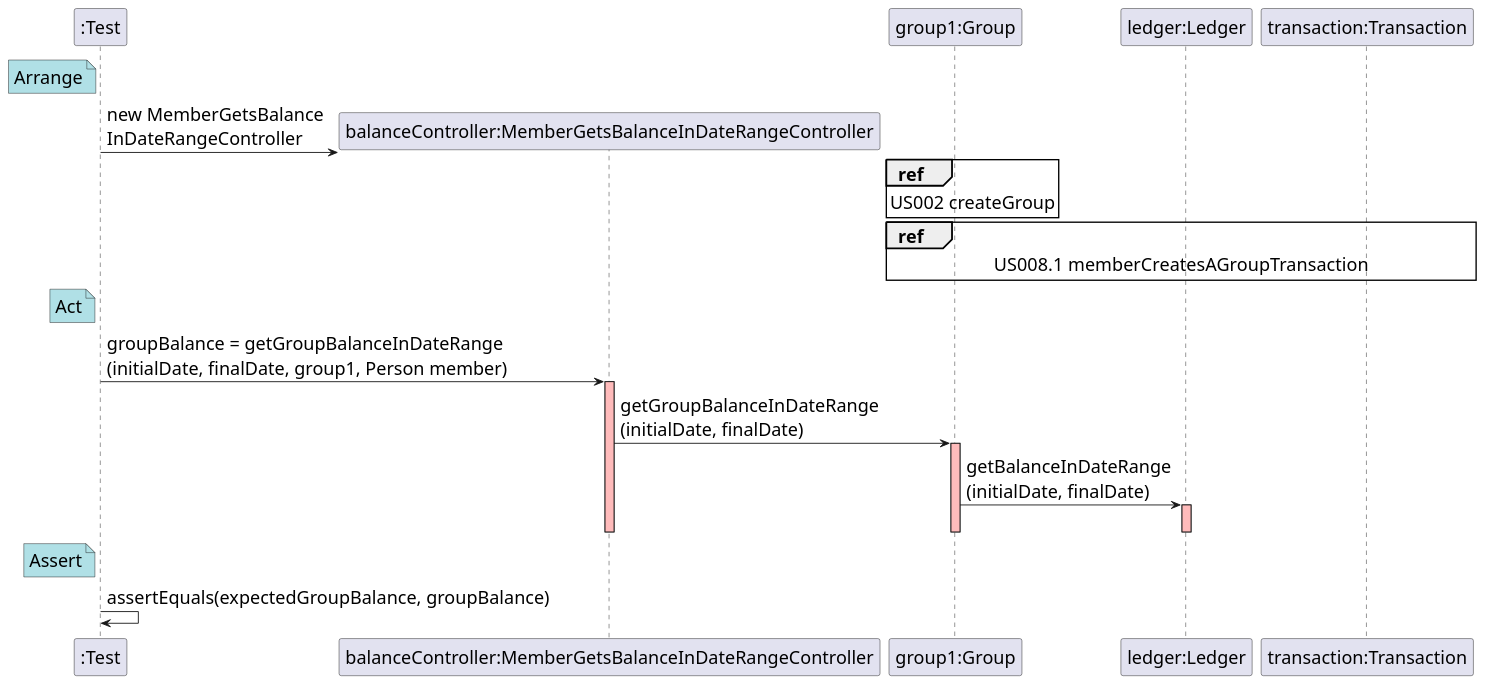
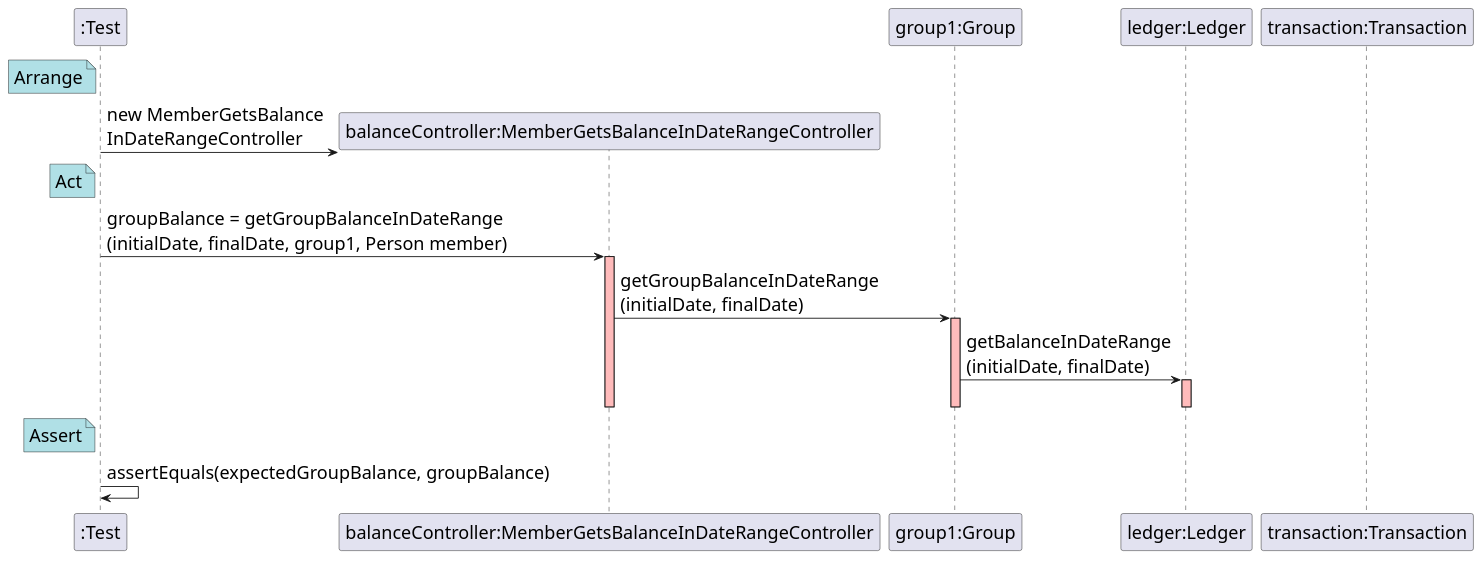
Before and after one commit to mleitaoribeiro/DevOpsMaven: the diagram in docs/SequenceDiagram - US018.puml, drawn with PlantUML. The commit also changed 1 other file, not shown here.

Commit message:
ref #372, ref #394

```diff
--- a/docs/SequenceDiagram - US018.puml
+++ b/docs/SequenceDiagram - US018.puml
@@ -1,48 +1,40 @@
 @startuml
 
 skinparam DefaultFontSize 20
 
 create ":Test"
 
 note left of ":Test" #powderblue
 	Arrange
 end note
 create "balanceController:MemberGetsBalanceInDateRangeController"
 ":Test" -> "balanceController:MemberGetsBalanceInDateRangeController" : new MemberGetsBalance\nInDateRangeController
 
 participant "group1:Group"
 participant "ledger:Ledger"
 participant "transaction:Transaction"
-
-ref over "group1:Group"
-    US002 createGroup
-end
-
-ref over "group1:Group", "ledger:Ledger", "transaction:Transaction"
-    US008.1 memberCreatesAGroupTransaction
-end
 
 note left of ":Test" #powderblue
 	Act
 end note
 
 ":Test" -> "balanceController:MemberGetsBalanceInDateRangeController" : groupBalance = getGroupBalanceInDateRange\n(initialDate, finalDate, group1, Person member)
 activate "balanceController:MemberGetsBalanceInDateRangeController" #FFBBBB
 
 "balanceController:MemberGetsBalanceInDateRangeController" -> "group1:Group": getGroupBalanceInDateRange\n(initialDate, finalDate)
 activate "group1:Group" #FFBBBB
 
 "group1:Group" -> "ledger:Ledger": getBalanceInDateRange\n(initialDate, finalDate)
 activate "ledger:Ledger" #FFBBBB
 
 deactivate "ledger:Ledger"
 deactivate "group1:Group"
 deactivate "balanceController:MemberGetsBalanceInDateRangeController"
 
 note left of ":Test" #powderblue
 	Assert
 end note
 
 ":Test" -> ":Test" : assertEquals(expectedGroupBalance, groupBalance)
 
 @enduml
```
